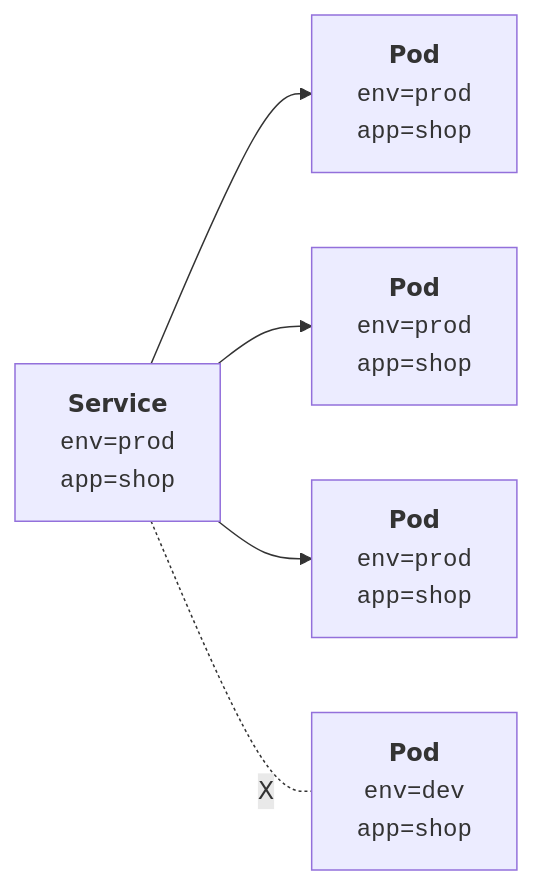
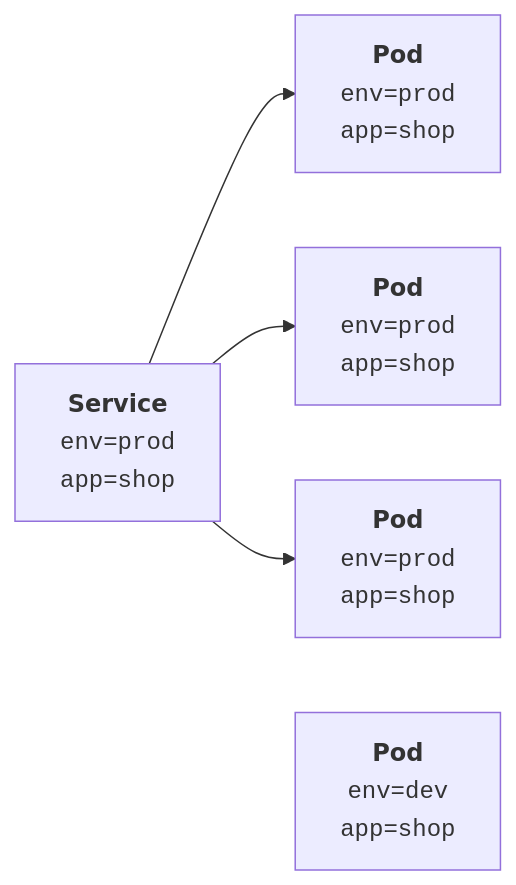
One commit to Braundo/kubernetes-guide changed the second of 3 diagrams in docs/services.md. Above: the diagram before and after it, drawn with Mermaid. The commit also changed 1 other file, not shown here.

Commit message:
updated some docs

````diff
--- a/docs/services.md
+++ b/docs/services.md
@@ -33,7 +33,7 @@
 ``` mermaid
 flowchart LR
     SVC[<b>Service</b><tt><br>env=prod<br>app=shop] --> Pod1[<b>Pod</b><tt><br>env=prod<br>app=shop]
     SVC --> Pod2[<b>Pod</b><tt><br>env=prod<br>app=shop]
     SVC --> Pod3[<b>Pod</b><tt><br>env=prod<br>app=shop]
-    SVC -.- |X|Pod4[<b>Pod</b><tt><br>env=dev<br>app=shop]
+    SVC ~~~ Pod4[<b>Pod</b><tt><br>env=dev<br>app=shop]
 ```
````
